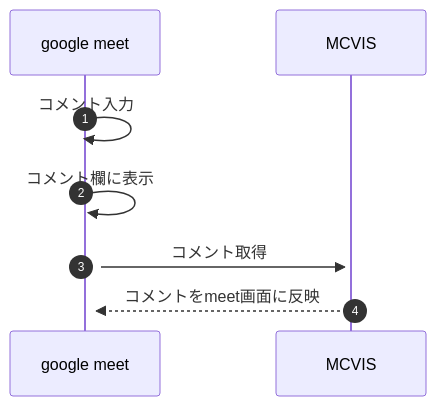
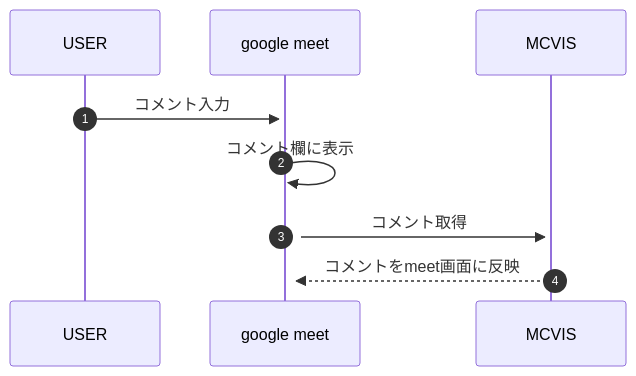
One commit to i-fresh21/Meet-Comment-VIS changed the diagram in README.md. Above: the diagram before and after it, drawn with Mermaid.

````diff
--- a/README.md
+++ b/README.md
@@ -12,8 +12,8 @@
 ```mermaid
 sequenceDiagram
   autonumber
-  google meet->>+google meet: コメント入力
+  USER->>+google meet: コメント入力
   google meet->>+google meet: コメント欄に表示
   google meet->>+MCVIS: コメント取得
   MCVIS-->>+google meet: コメントをmeet画面に反映
 ```
````
